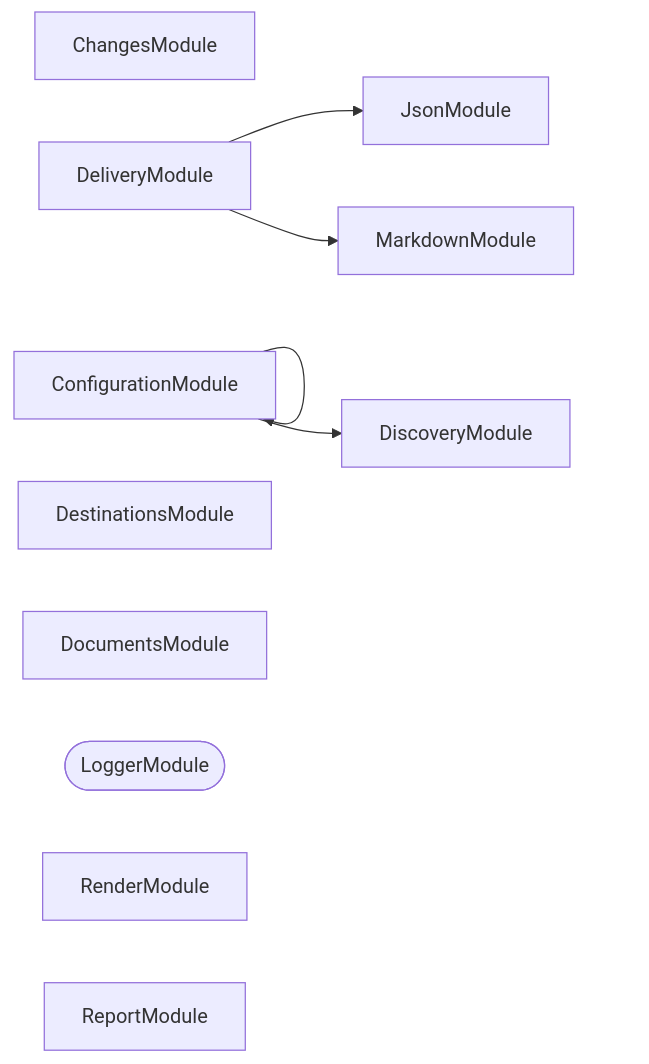
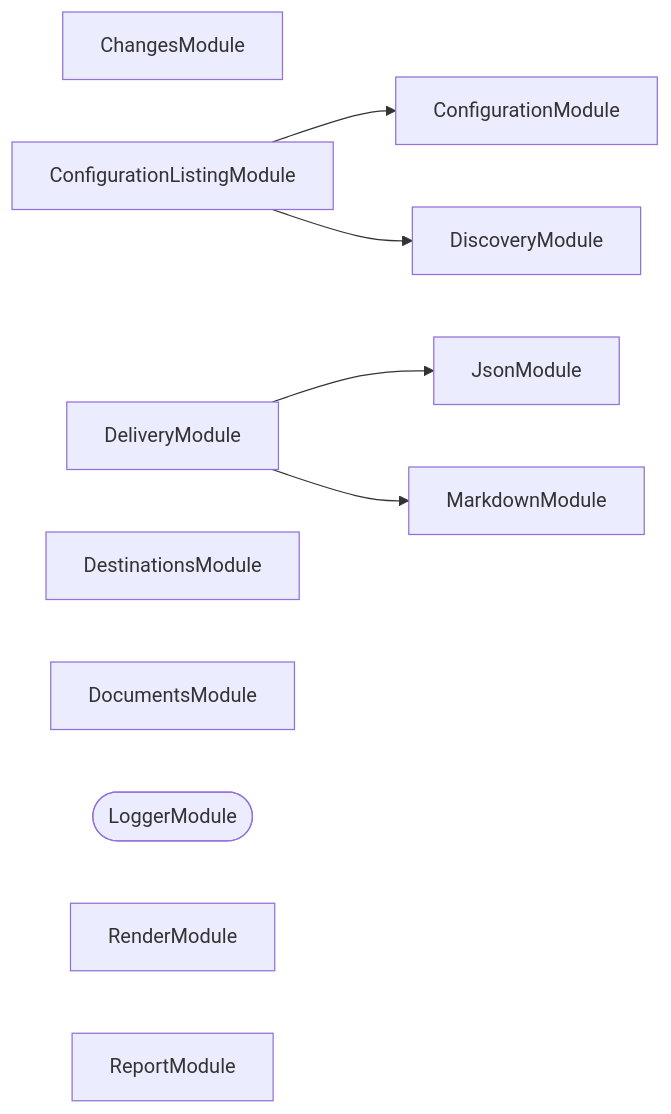
The second of 3 diagrams in packages/ic-suite/codometer/codometer-output/README.md (JimmyPaolini/codebase), drawn with Mermaid before and after one commit. The commit also changed other lines of this file and 14 other files, not shown here.

````diff
--- a/packages/ic-suite/codometer/codometer-output/README.md
+++ b/packages/ic-suite/codometer/codometer-output/README.md
@@ -184,18 +184,19 @@
 ```mermaid
 flowchart LR
   ChangesModule
+  ConfigurationListingModule
   ConfigurationModule
   DeliveryModule
   DestinationsModule
   DiscoveryModule
   DocumentsModule
   JsonModule
   LoggerModule([LoggerModule])
   MarkdownModule
   RenderModule
   ReportModule
-  ConfigurationModule --> ConfigurationModule
-  ConfigurationModule --> DiscoveryModule
+  ConfigurationListingModule --> ConfigurationModule
+  ConfigurationListingModule --> DiscoveryModule
   DeliveryModule --> JsonModule
   DeliveryModule --> MarkdownModule
 ```
````
